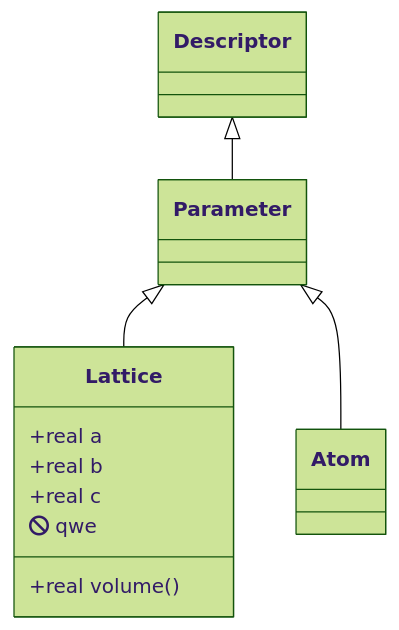
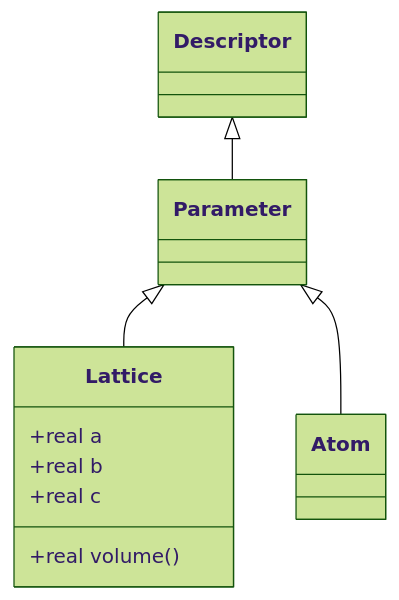
The sixth of 6 diagrams in easyScience.md (easyScience/easyScience), drawn with Mermaid (forest theme) before and after one commit. The commit also changed other lines of this file, not shown here.

````diff
--- a/easyScience.md
+++ b/easyScience.md
@@ -222,24 +224,23 @@
 ```mermaid
 classDiagram
 
-	Descriptor <|-- Parameter
-	Parameter <|-- Lattice
-	Parameter <|-- Atom
+Descriptor <|-- Parameter
+Parameter <|-- Lattice
+Parameter <|-- Atom
 
-	class Descriptor {
-	}
+class Descriptor {
+}
 
-	class Parameter {
-	}
+class Parameter {
+}
 
-	class Lattice {
-		+real a
-		+real b
-		+real c
-		+real volume()
-		fa:fa-ban qwe
-	}
+class Lattice {
+	+real a
+	+real b
+	+real c
+	+real volume()
+}
 
-	class Atom {
-	}
+class Atom {
+}
 ```
````
